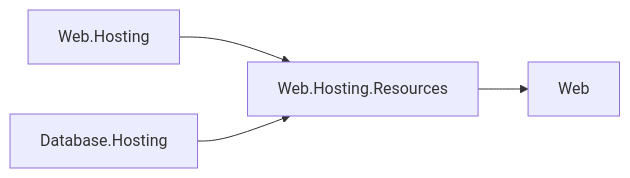
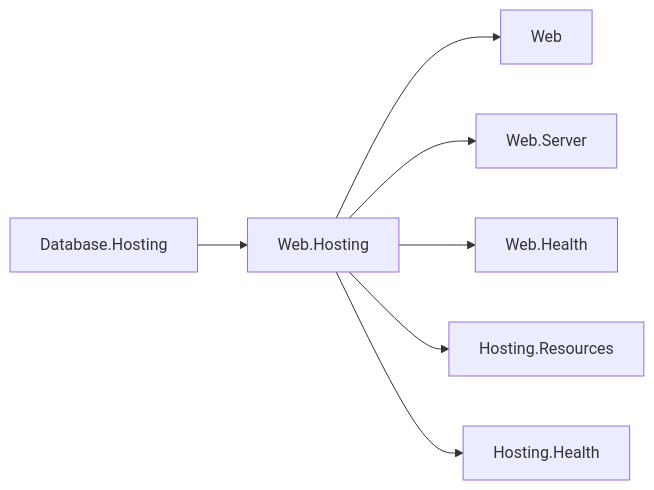
The diagram in docs/resources/Web/DESIGN.md (assimalign/cohesion), drawn with Mermaid before and after one commit. The commit also changed other lines of this file and 2416 other files, not shown here.

````diff
--- a/docs/resources/Web/DESIGN.md
+++ b/docs/resources/Web/DESIGN.md
@@ -14,6 +34,9 @@
 ```mermaid
 flowchart LR
-    WebHost["Web.Hosting"] --> Terminal["Web.Hosting.Resources"]
-    DbHost["Database.Hosting"] --> Terminal
-    Terminal --> Web["Web"]
+    DbHost["Database.Hosting"] --> WebHost["Web.Hosting"]
+    WebHost --> Web["Web"]
+    WebHost --> Server["Web.Server"]
+    WebHost --> Health["Web.Health"]
+    WebHost --> Resources["Hosting.Resources"]
+    WebHost --> Contributors["Hosting.Health"]
 ```
````
